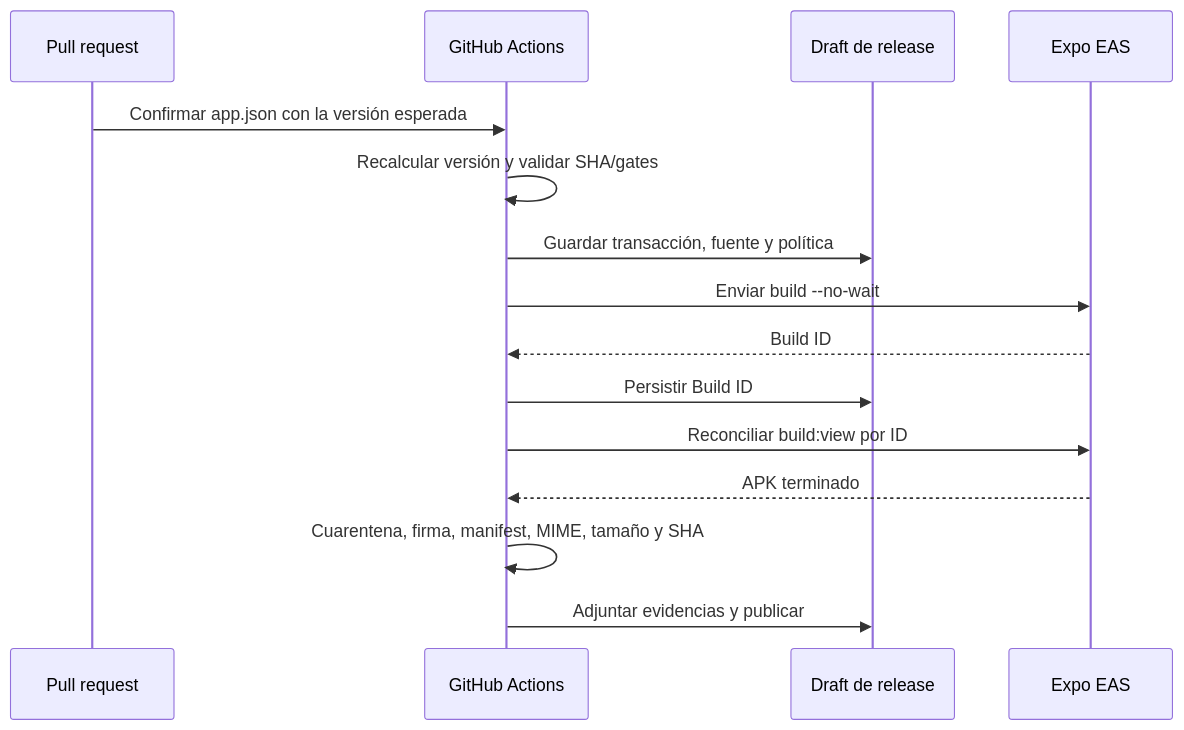
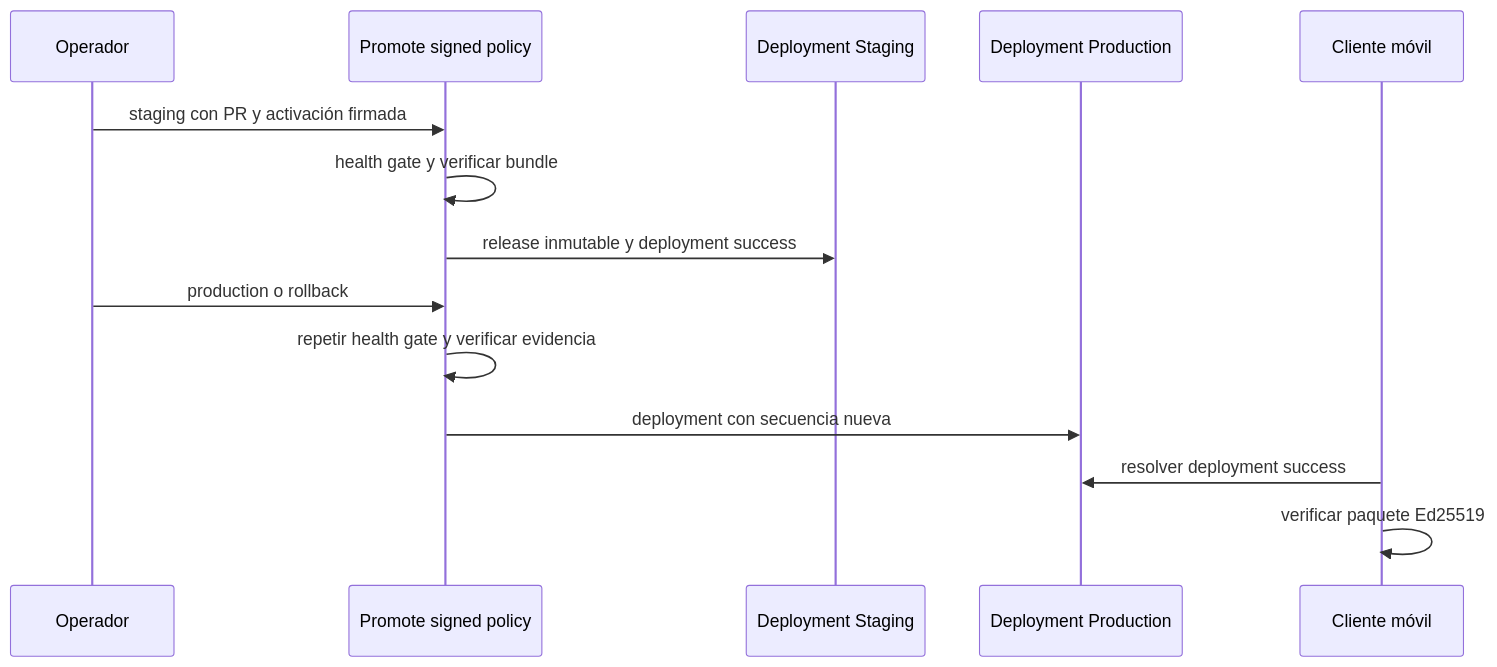
The second of 2 diagrams in openwiki/operations/build-release-and-testing.md (maximofn/gymnasia), drawn with Mermaid before and after one commit. The commit also changed other lines of this file and 24 other files, not shown here.

````diff
--- a/openwiki/operations/build-release-and-testing.md
+++ b/openwiki/operations/build-release-and-testing.md
@@ -216,18 +121,17 @@
 ```mermaid
 sequenceDiagram
-    participant PR as Pull request
-    participant GH as GitHub Actions
-    participant Rel as Draft de release
-    participant EAS as Expo EAS
+    participant Operator as Operador
+    participant Workflow as Promote signed policy
+    participant Staging as Deployment Staging
+    participant Production as Deployment Production
+    participant Client as Cliente móvil
 
-    PR->>GH: Confirmar app.json con la versión esperada
-    GH->>GH: Recalcular versión y validar SHA/gates
-    GH->>Rel: Guardar transacción, fuente y política
-    GH->>EAS: Enviar build --no-wait
-    EAS-->>GH: Build ID
-    GH->>Rel: Persistir Build ID
-    GH->>EAS: Reconciliar build:view por ID
-    EAS-->>GH: APK terminado
-    GH->>GH: Cuarentena, firma, manifest, MIME, tamaño y SHA
-    GH->>Rel: Adjuntar evidencias y publicar
+    Operator->>Workflow: staging con PR y activación firmada
+    Workflow->>Workflow: health gate y verificar bundle
+    Workflow->>Staging: release inmutable y deployment success
+    Operator->>Workflow: production o rollback
+    Workflow->>Workflow: repetir health gate y verificar evidencia
+    Workflow->>Production: deployment con secuencia nueva
+    Client->>Production: resolver deployment success
+    Client->>Client: verificar paquete Ed25519
 ```
````
